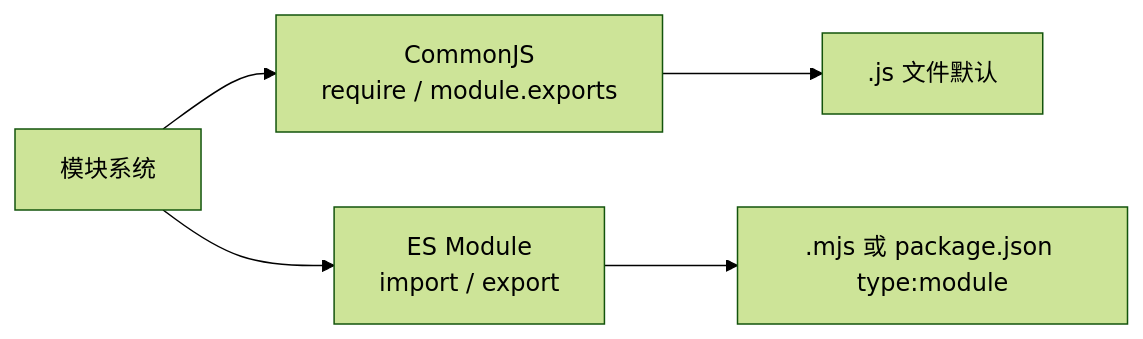
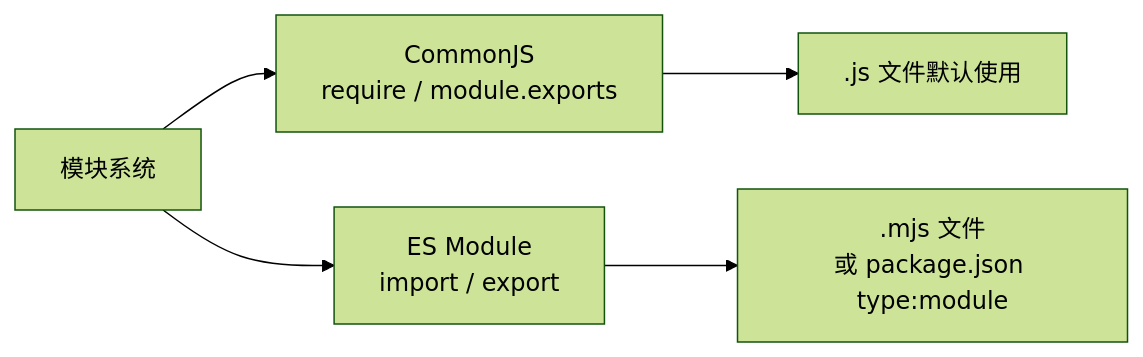
The diagram in nestjs-architect/docs/第一阶段_Node.js语言基础.md (FlyCloud1006/deployment-tutorial), drawn with Mermaid (forest theme) before and after one commit. The commit also changed other lines of this file, not shown here.

````diff
--- a/nestjs-architect/docs/第一阶段_Node.js语言基础.md
+++ b/nestjs-architect/docs/第一阶段_Node.js语言基础.md
@@ -111,7 +174,7 @@
 ```mermaid
 graph LR
     A[模块系统] --> B[CommonJS<br/>require / module.exports]
     A --> C[ES Module<br/>import / export]
-    B --> D[.js 文件默认]
-    C --> E[.mjs 或 package.json type:module]
+    B --> D[.js 文件默认使用]
+    C --> E[.mjs 文件<br/>或 package.json type:module]
 ```
````
